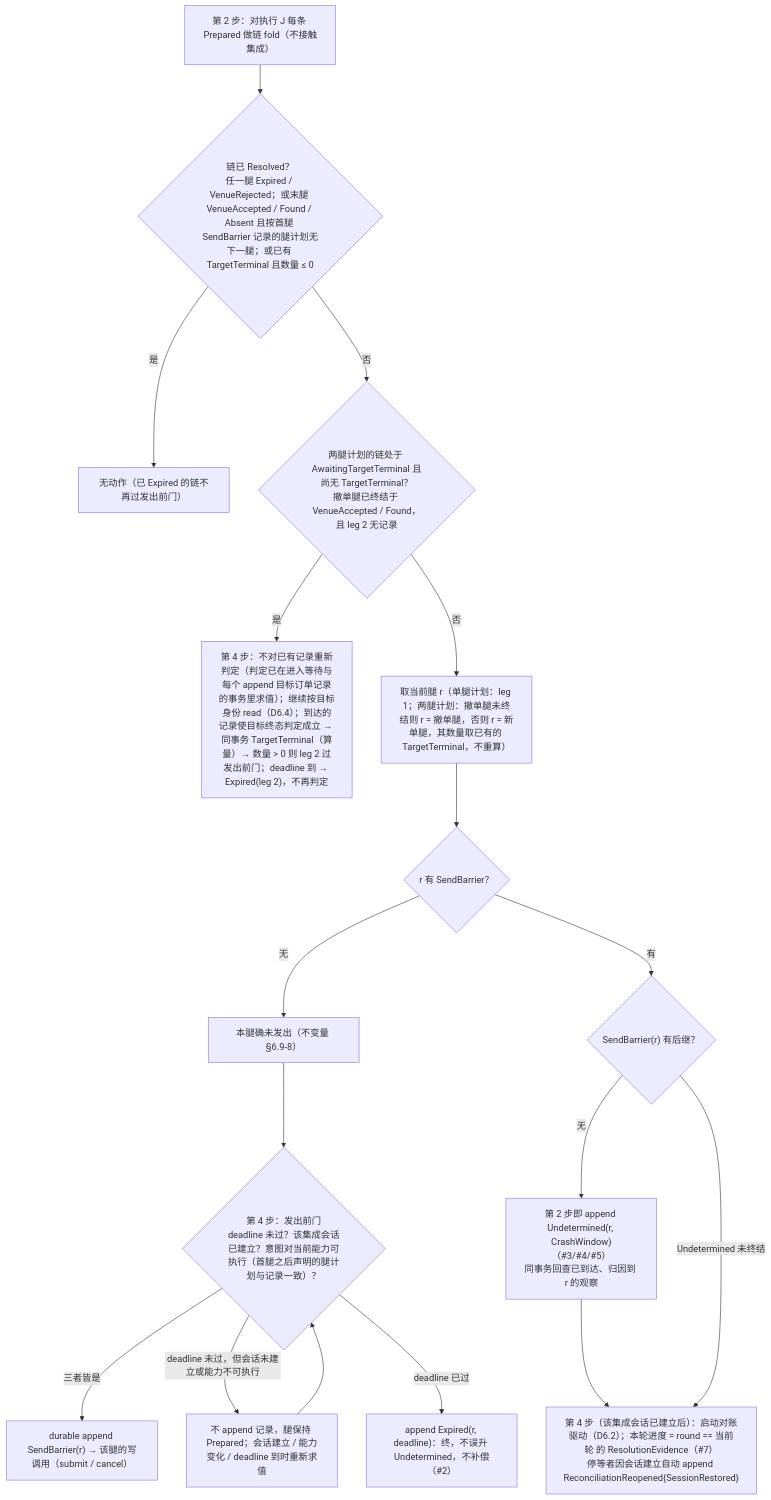
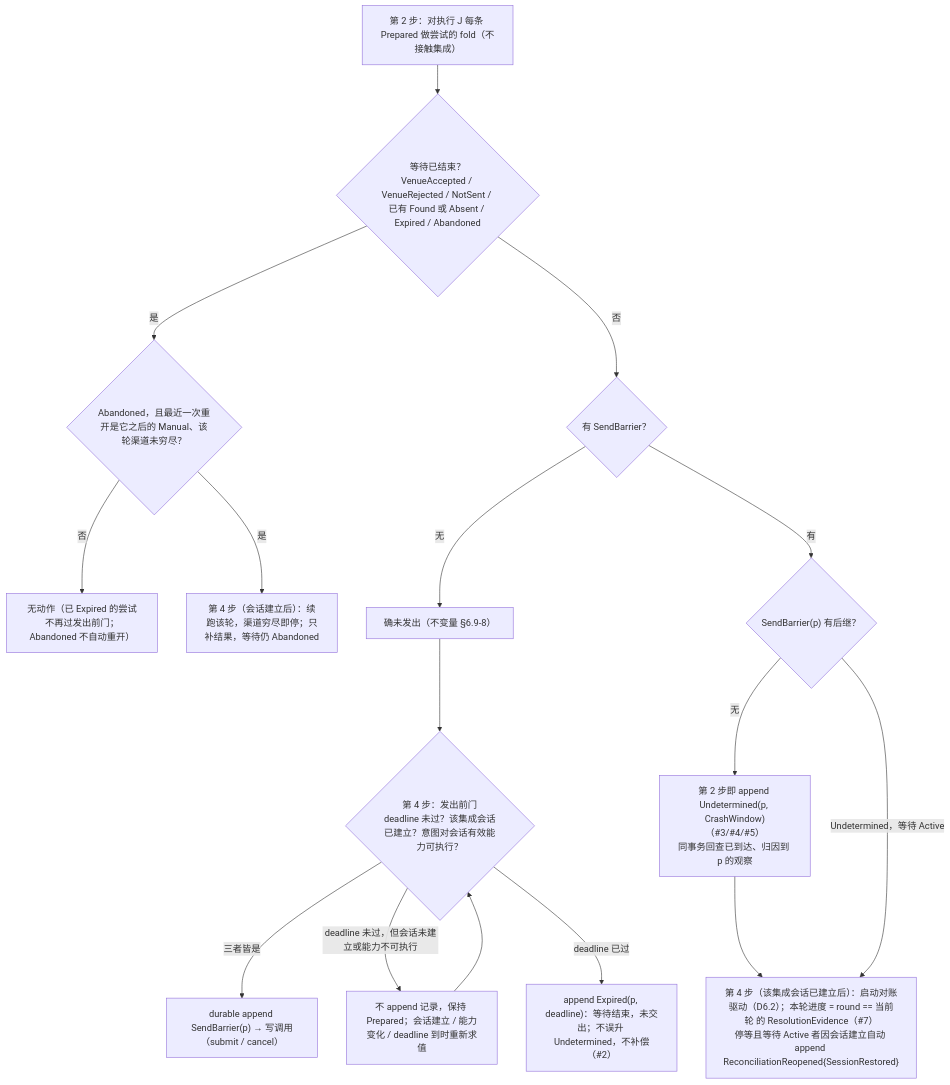
One commit to mouriya-s-lab/uta changed the first of 4 diagrams in design/diagrams/07-crash-recovery.md. Above: the diagram before and after it, drawn with Mermaid. The commit also changed other lines of this file and 12 other files, not shown here.

Commit message:
design: write redraw — single-write attempts (atomic Replace or Unsupported), abandon replaces resolve, NotSent, capability-not-established wait, core-minted keys, RuleState as fold, integration-judged key windows, no core call timeout

````diff
--- a/design/diagrams/07-crash-recovery.md
+++ b/design/diagrams/07-crash-recovery.md
@@ -9,20 +9,19 @@
 ```mermaid
 flowchart TB
-  START["第 2 步：对执行 J 每条 Prepared 做链 fold（不接触集成）"]
-  START --> Q0{"链已 Resolved？<br/>任一腿 Expired / VenueRejected；或末腿 VenueAccepted / Found / Absent 且按首腿 SendBarrier 记录的腿计划无下一腿；或已有 TargetTerminal 且数量 ≤ 0"}
-  Q0 -->|"是"| DONE["无动作（已 Expired 的链不再过发出前门）"]
-  Q0 -->|"否"| Q3{"两腿计划的链处于 AwaitingTargetTerminal 且尚无 TargetTerminal？<br/>撤单腿已终结于 VenueAccepted / Found，且 leg 2 无记录"}
-  Q3 -->|"是"| ATT["第 4 步：不对已有记录重新判定（判定已在进入等待与每个 append 目标订单记录的事务里求值）；继续按目标身份 read（D6.4）；到达的记录使目标终态判定成立 → 同事务 TargetTerminal（算量）→ 数量 > 0 则 leg 2 过发出前门；deadline 到 → Expired(leg 2)，不再判定"]
-  Q3 -->|"否"| LEG["取当前腿 r（单腿计划：leg 1；两腿计划：撤单腿未终结则 r = 撤单腿，否则 r = 新单腿，其数量取已有的 TargetTerminal，不重算）"]
-  LEG --> Q1{"r 有 SendBarrier？"}
-  Q1 -->|"无"| SAFE["本腿确未发出（不变量 §6.9-8）"]
-  SAFE --> G{"第 4 步：发出前门<br/>deadline 未过？该集成会话已建立？意图对当前能力可执行（首腿之后声明的腿计划与记录一致）？"}
-  G -->|"三者皆是"| SEND["durable append SendBarrier(r) → 该腿的写调用（submit / cancel）"]
-  G -->|"deadline 未过，但会话未建立或能力不可执行"| WAIT["不 append 记录，腿保持 Prepared；会话建立 / 能力变化 / deadline 到时重新求值"]
+  START["第 2 步：对执行 J 每条 Prepared 做尝试的 fold（不接触集成）"]
+  START --> Q0{"等待已结束？<br/>VenueAccepted / VenueRejected / NotSent / 已有 Found 或 Absent / Expired / Abandoned"}
+  Q0 -->|"是"| Q4{"Abandoned，且最近一次重开是它之后的 Manual、该轮渠道未穷尽？"}
+  Q4 -->|"否"| DONE["无动作（已 Expired 的尝试不再过发出前门；Abandoned 不自动重开）"]
+  Q4 -->|"是"| MANR["第 4 步（会话建立后）：续跑该轮，渠道穷尽即停；只补结果，等待仍 Abandoned"]
+  Q0 -->|"否"| Q1{"有 SendBarrier？"}
+  Q1 -->|"无"| SAFE["确未发出（不变量 §6.9-8）"]
+  SAFE --> G{"第 4 步：发出前门<br/>deadline 未过？该集成会话已建立？意图对会话有效能力可执行？"}
+  G -->|"三者皆是"| SEND["durable append SendBarrier(p) → 写调用（submit / cancel）"]
+  G -->|"deadline 未过，但会话未建立或能力不可执行"| WAIT["不 append 记录，保持 Prepared；会话建立 / 能力变化 / deadline 到时重新求值"]
   WAIT --> G
-  G -->|"deadline 已过"| EXP["append Expired(r, deadline)：终，不误升 Undetermined，不补偿（#2）"]
-  Q1 -->|"有"| Q2{"SendBarrier(r) 有后继？"}
-  Q2 -->|"无"| UD["第 2 步即 append Undetermined(r, CrashWindow)（#3/#4/#5）<br/>同事务回查已到达、归因到 r 的观察"]
-  UD --> DRV["第 4 步（该集成会话已建立后）：启动对账驱动（D6.2）；本轮进度 = round == 当前轮 的 ResolutionEvidence（#7）<br/>停等者因会话建立自动 append ReconciliationReopened{SessionRestored}"]
-  Q2 -->|"Undetermined 未终结"| DRV
+  G -->|"deadline 已过"| EXP["append Expired(p, deadline)：等待结束，未交出；不误升 Undetermined，不补偿（#2）"]
+  Q1 -->|"有"| Q2{"SendBarrier(p) 有后继？"}
+  Q2 -->|"无"| UD["第 2 步即 append Undetermined(p, CrashWindow)（#3/#4/#5）<br/>同事务回查已到达、归因到 p 的观察"]
+  UD --> DRV["第 4 步（该集成会话已建立后）：启动对账驱动（D6.2）；本轮进度 = round == 当前轮 的 ResolutionEvidence（#7）<br/>停等且等待 Active 者因会话建立自动 append ReconciliationReopened{SessionRestored}"]
+  Q2 -->|"Undetermined，等待 Active"| DRV
 ```
````
